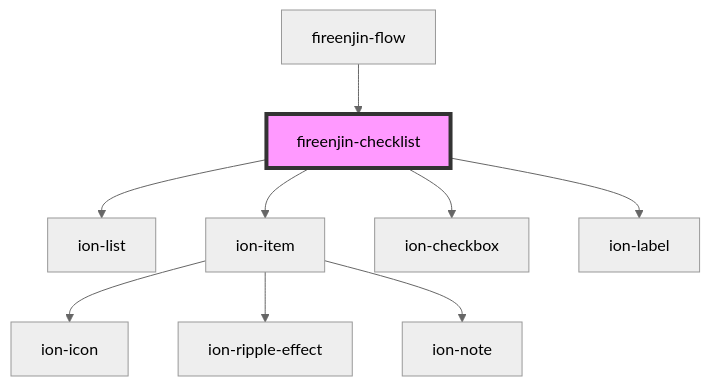
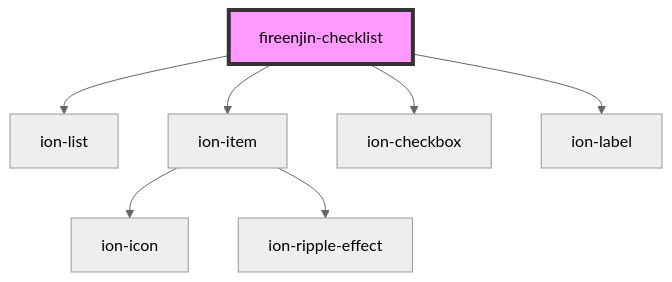
Before and after one commit to FireEnjin/Components: the diagram in src/components/checklist/readme.md, drawn with Mermaid (neutral theme). The commit also changed other lines of this file and 73 other files, not shown here.

Commit message:
perf(): Update Ionic to v8 and Stenicl to 4 and remove flow component

````diff
--- a/src/components/checklist/readme.md
+++ b/src/components/checklist/readme.md
@@ -39,12 +35,10 @@
 ```mermaid
 graph TD;
   fireenjin-checklist --> ion-list
   fireenjin-checklist --> ion-item
   fireenjin-checklist --> ion-checkbox
   fireenjin-checklist --> ion-label
   ion-item --> ion-icon
   ion-item --> ion-ripple-effect
-  ion-item --> ion-note
-  fireenjin-flow --> fireenjin-checklist
   style fireenjin-checklist fill:#f9f,stroke:#333,stroke-width:4px
 ```
````
